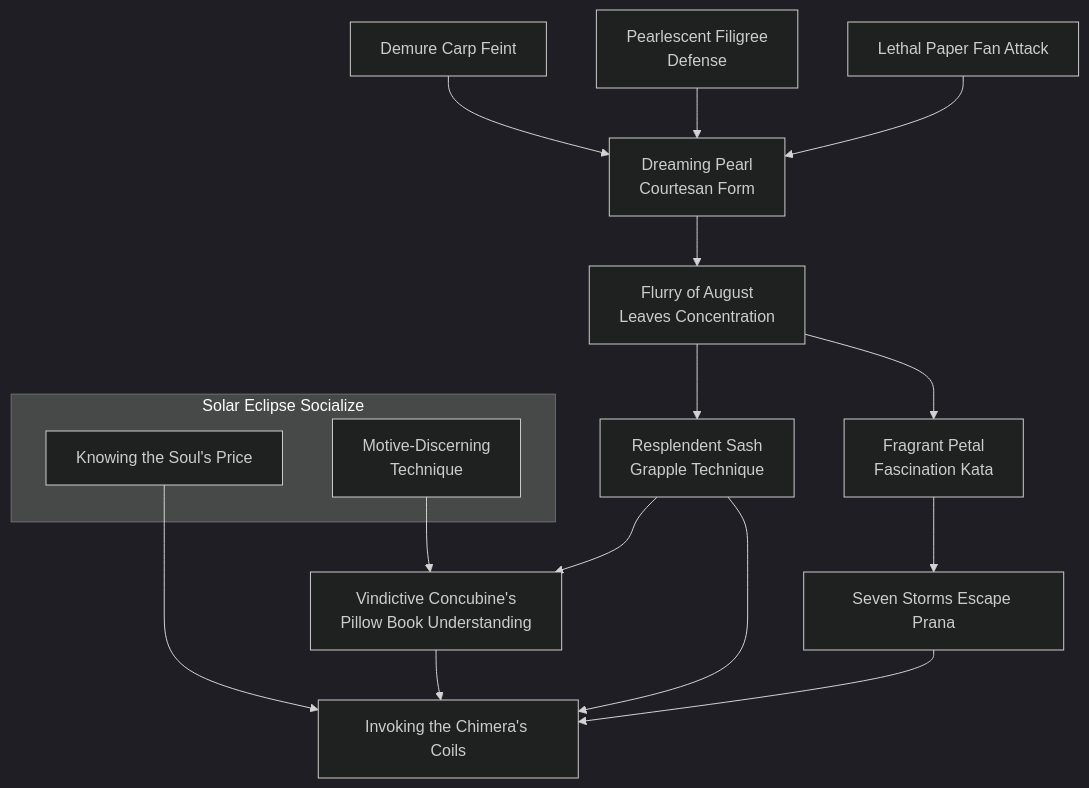
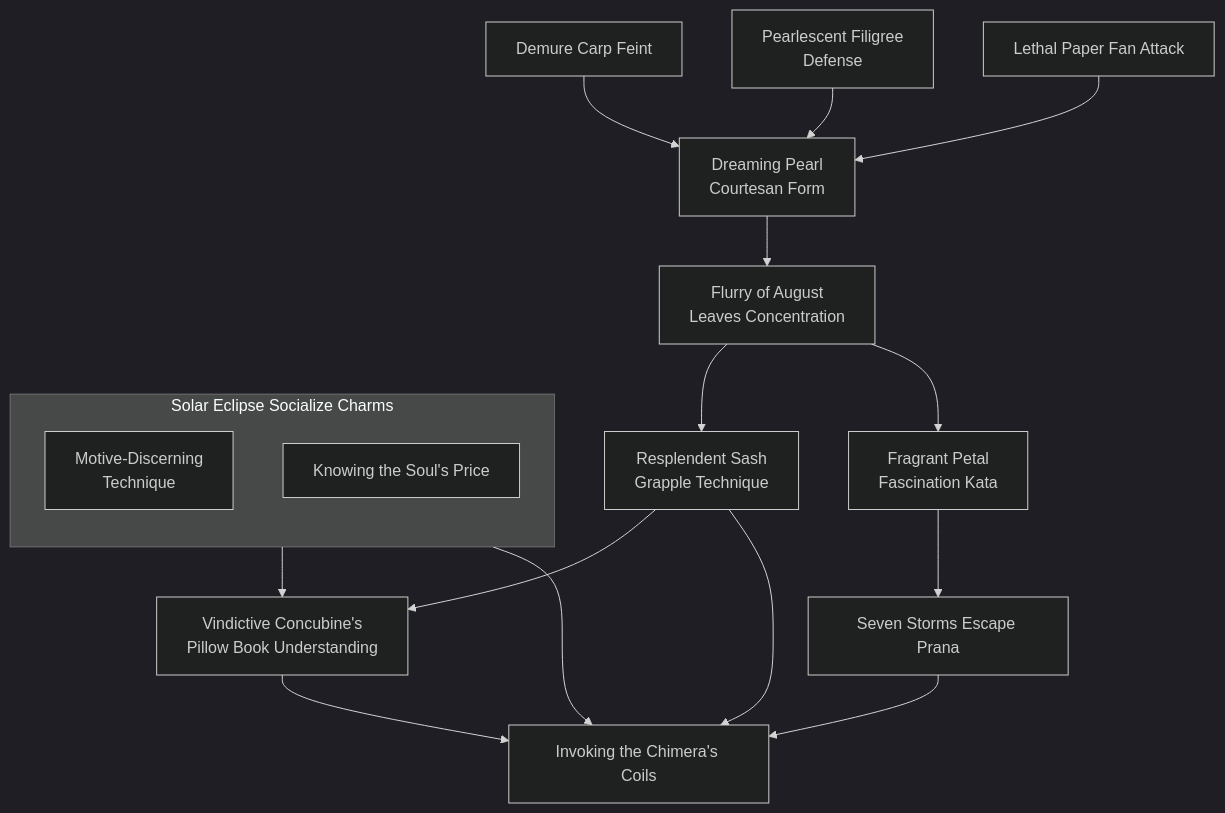
The diagram in docs/mermaid/trinity/dreaming_pearl_courtesan_style.mmd (jrobichaud/exalted-charms-1e), drawn with Mermaid before and after one commit. The commit also changed 162 other files, not shown here.

```diff
--- a/docs/mermaid/trinity/dreaming_pearl_courtesan_style.mmd
+++ b/docs/mermaid/trinity/dreaming_pearl_courtesan_style.mmd
@@ -202,7 +202,8 @@
         each reflexive grapple the Exalt wishes to make.
         "
 
-    subgraph Solar Eclipse Socialize
+    subgraph solar_eclipse_socialize[Solar Eclipse Socialize Charms]
+        direction TB
         motive_discerning_technique[Motive-Discerning<br>Technique]
         knowing_the_souls_price[Knowing the Soul's Price]
     end
```
